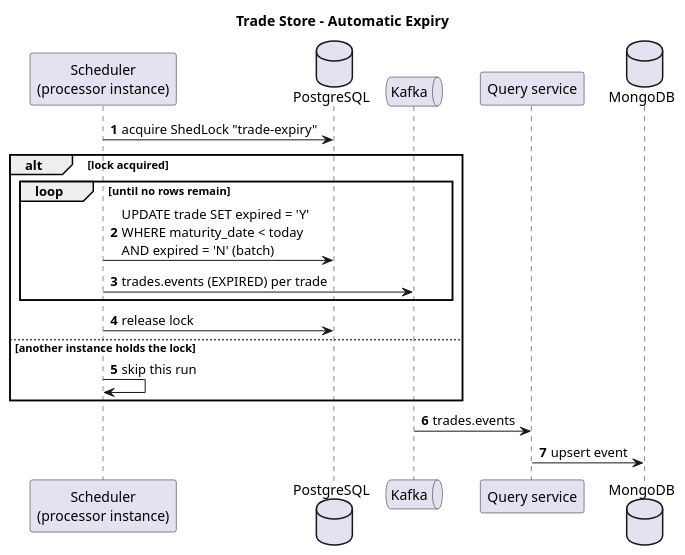
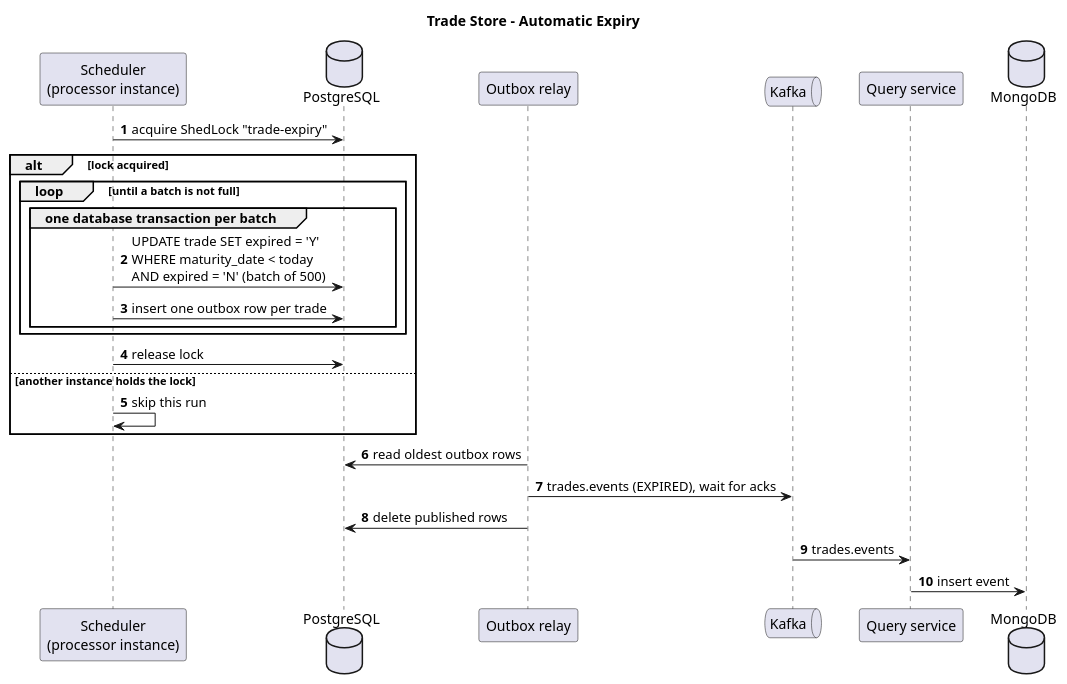
The diagram in docs/diagrams/sequence-expiry.puml (vijaydixitffis/dws-trade-app), drawn with PlantUML before and after one commit. The commit also changed 19 other files, not shown here.

Commit message:
docs: HLD 1.1 (outbox flows, no-gateway issue, NFRs, recommended design without gateway), README, review status

```diff
--- a/docs/diagrams/sequence-expiry.puml
+++ b/docs/diagrams/sequence-expiry.puml
@@ -1,24 +1,30 @@
 @startuml sequence-expiry
 title Trade Store - Automatic Expiry
 autonumber
 
 participant "Scheduler\n(processor instance)" as sch
 database "PostgreSQL" as pg
+participant "Outbox relay" as relay
 queue "Kafka" as k
 participant "Query service" as q
 database "MongoDB" as mongo
 
 sch -> pg : acquire ShedLock "trade-expiry"
 alt lock acquired
-  loop until no rows remain
-    sch -> pg : UPDATE trade SET expired = 'Y'\nWHERE maturity_date < today\nAND expired = 'N' (batch)
-    sch -> k : trades.events (EXPIRED) per trade
+  loop until a batch is not full
+    group one database transaction per batch
+      sch -> pg : UPDATE trade SET expired = 'Y'\nWHERE maturity_date < today\nAND expired = 'N' (batch of 500)
+      sch -> pg : insert one outbox row per trade
+    end
   end
   sch -> pg : release lock
 else another instance holds the lock
   sch -> sch : skip this run
 end
 
+relay -> pg : read oldest outbox rows
+relay -> k : trades.events (EXPIRED), wait for acks
+relay -> pg : delete published rows
 k -> q : trades.events
-q -> mongo : upsert event
+q -> mongo : insert event
 @enduml
```
